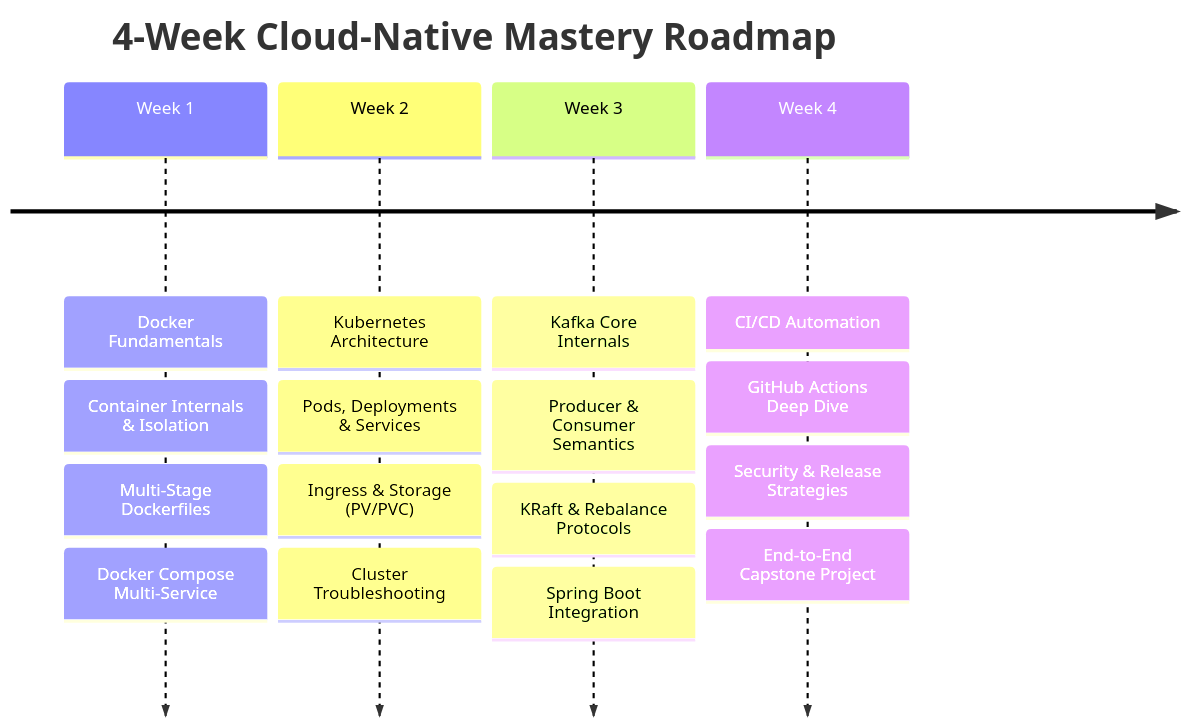
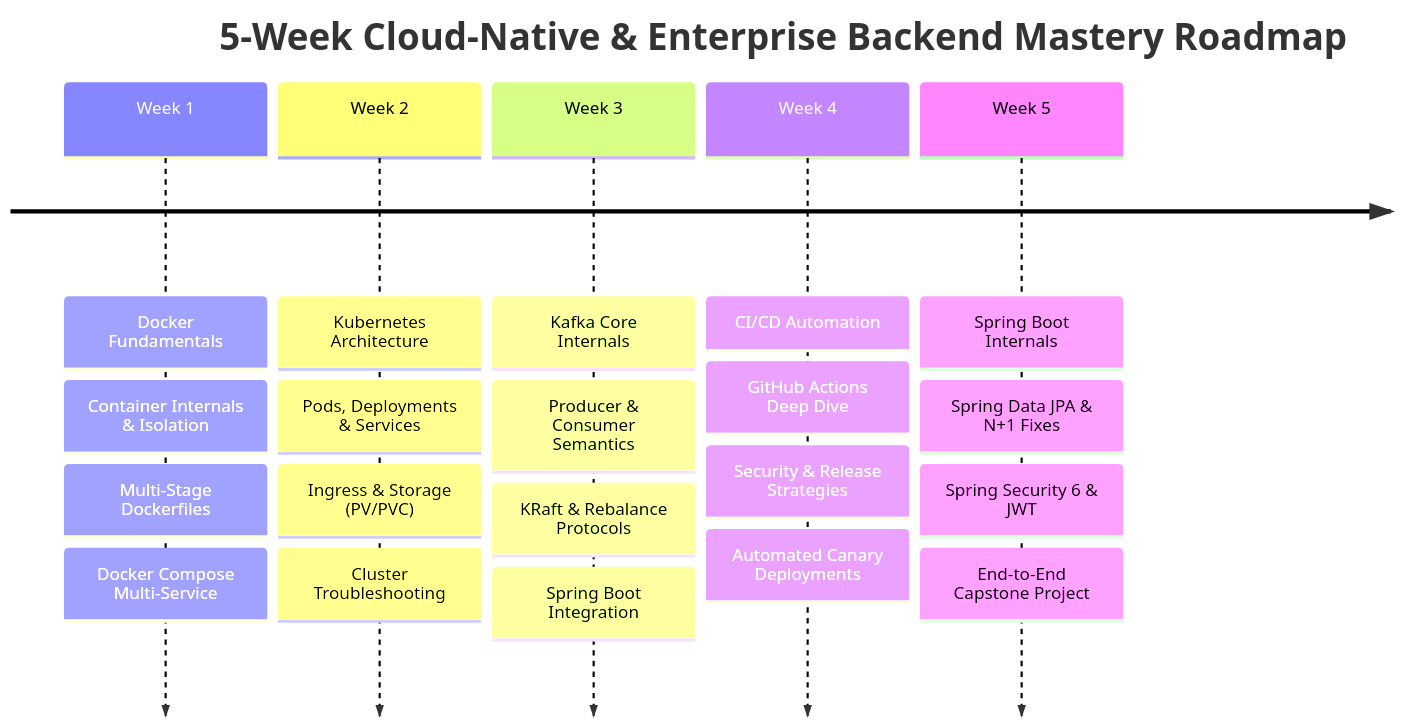
The third of 3 diagrams in README.md (PandeyKishan/Study-Notes), drawn with Mermaid before and after one commit. The commit also changed other lines of this file and 45 other files, not shown here.

Commit message:
feat: add comprehensive Spring and Spring Boot study notes and update capstone cluster

````diff
--- a/README.md
+++ b/README.md
@@ -115,8 +121,9 @@
 ```mermaid
 timeline
-    title 4-Week Cloud-Native Mastery Roadmap
+    title 5-Week Cloud-Native & Enterprise Backend Mastery Roadmap
     Week 1 : Docker Fundamentals : Container Internals & Isolation : Multi-Stage Dockerfiles : Docker Compose Multi-Service
     Week 2 : Kubernetes Architecture : Pods, Deployments & Services : Ingress & Storage (PV/PVC) : Cluster Troubleshooting
     Week 3 : Kafka Core Internals : Producer & Consumer Semantics : KRaft & Rebalance Protocols : Spring Boot Integration
-    Week 4 : CI/CD Automation : GitHub Actions Deep Dive : Security & Release Strategies : End-to-End Capstone Project
+    Week 4 : CI/CD Automation : GitHub Actions Deep Dive : Security & Release Strategies : Automated Canary Deployments
+    Week 5 : Spring Boot Internals : Spring Data JPA & N+1 Fixes : Spring Security 6 & JWT : End-to-End Capstone Project
 ```
````
